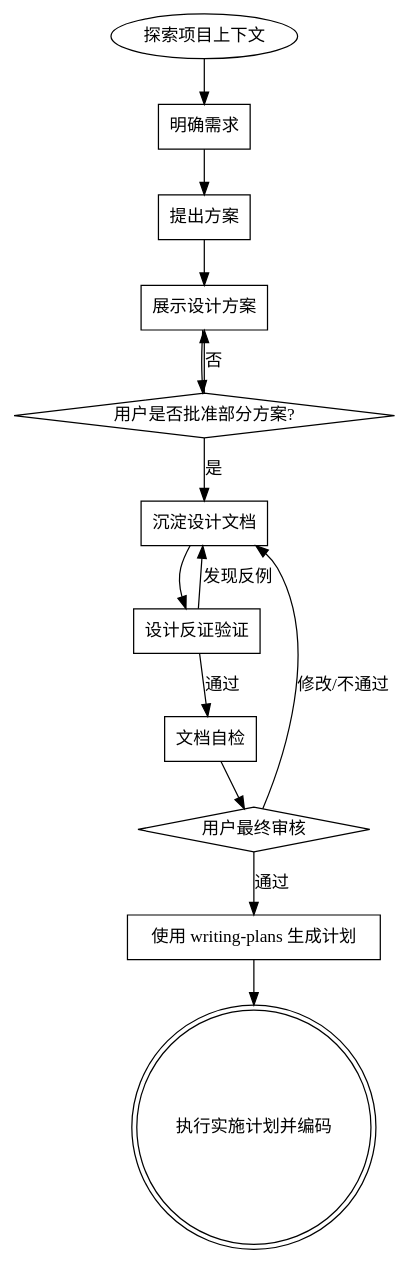
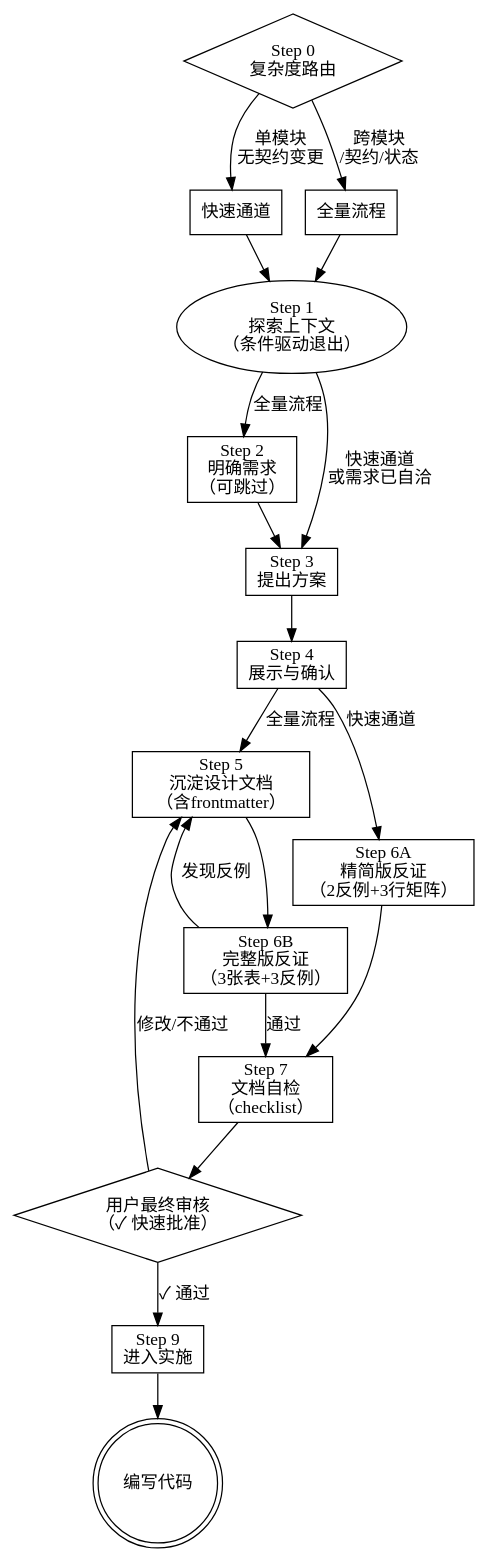
Before and after one commit to loongJiu/loong-claude: the diagram in skills/brainstorming/SKILL.md, drawn with Graphviz. The commit also changed other lines of this file and 5 other files, not shown here.

````diff
--- a/skills/brainstorming/SKILL.md
+++ b/skills/brainstorming/SKILL.md
@@ -162,29 +302,43 @@
 ```dot
 digraph brainstorming {
-  "探索项目上下文" [shape=oval]
-  "明确需求" [shape=rect]
-  "提出方案" [shape=rect]
-  "展示设计方案" [shape=rect]
-  "用户是否批准部分方案?" [shape=diamond]
-  "沉淀设计文档" [shape=rect]
-  "设计反证验证" [shape=rect]
-  "文档自检" [shape=rect]
-  "用户最终审核" [shape=diamond]
-  "进入实施阶段" [label="使用 writing-plans 生成计划" shape=rect]
-  "执行实施计划并编码" [shape=doublecircle]
+  "Step 0\n复杂度路由" [shape=diamond]
+  "快速通道" [shape=rect]
+  "全量流程" [shape=rect]
 
-  "探索项目上下文" -> "明确需求"
-  "明确需求" -> "提出方案"
-  "提出方案" -> "展示设计方案"
-  "展示设计方案" -> "用户是否批准部分方案?"
-  "用户是否批准部分方案?" -> "展示设计方案" [label="否"]
-  "用户是否批准部分方案?" -> "沉淀设计文档" [label="是"]
-  "沉淀设计文档" -> "设计反证验证"
-  "设计反证验证" -> "沉淀设计文档" [label="发现反例"]
-  "设计反证验证" -> "文档自检" [label="通过"]
-  "文档自检" -> "用户最终审核"
-  "用户最终审核" -> "沉淀设计文档" [label="修改/不通过"]
-  "用户最终审核" -> "进入实施阶段" [label="通过"]
-  "进入实施阶段" -> "执行实施计划并编码"
+  "Step 1\n探索上下文\n（条件驱动退出）" [shape=oval]
+  "Step 2\n明确需求\n（可跳过）" [shape=rect]
+  "Step 3\n提出方案" [shape=rect]
+  "Step 4\n展示与确认" [shape=rect]
+  "Step 5\n沉淀设计文档\n（含frontmatter）" [shape=rect]
+  "Step 6A\n精简版反证\n（2反例+3行矩阵）" [shape=rect]
+  "Step 6B\n完整版反证\n（3张表+3反例）" [shape=rect]
+  "Step 7\n文档自检\n（checklist）" [shape=rect]
+  "用户最终审核\n（✓ 快速批准）" [shape=diamond]
+  "Step 9\n进入实施" [shape=rect]
+  "编写代码" [shape=doublecircle]
+
+  "Step 0\n复杂度路由" -> "快速通道" [label="单模块\n无契约变更"]
+  "Step 0\n复杂度路由" -> "全量流程" [label="跨模块\n/契约/状态"]
+
+  "快速通道" -> "Step 1\n探索上下文\n（条件驱动退出）"
+  "全量流程" -> "Step 1\n探索上下文\n（条件驱动退出）"
+
+  "Step 1\n探索上下文\n（条件驱动退出）" -> "Step 2\n明确需求\n（可跳过）" [label="全量流程"]
+  "Step 1\n探索上下文\n（条件驱动退出）" -> "Step 3\n提出方案" [label="快速通道\n或需求已自洽"]
+  "Step 2\n明确需求\n（可跳过）" -> "Step 3\n提出方案"
+
+  "Step 3\n提出方案" -> "Step 4\n展示与确认"
+  "Step 4\n展示与确认" -> "Step 5\n沉淀设计文档\n（含frontmatter）" [label="全量流程"]
+  "Step 4\n展示与确认" -> "Step 6A\n精简版反证\n（2反例+3行矩阵）" [label="快速通道"]
+
+  "Step 5\n沉淀设计文档\n（含frontmatter）" -> "Step 6B\n完整版反证\n（3张表+3反例）"
+  "Step 6B\n完整版反证\n（3张表+3反例）" -> "Step 5\n沉淀设计文档\n（含frontmatter）" [label="发现反例"]
+  "Step 6B\n完整版反证\n（3张表+3反例）" -> "Step 7\n文档自检\n（checklist）" [label="通过"]
+  "Step 6A\n精简版反证\n（2反例+3行矩阵）" -> "Step 7\n文档自检\n（checklist）"
+
+  "Step 7\n文档自检\n（checklist）" -> "用户最终审核\n（✓ 快速批准）"
+  "用户最终审核\n（✓ 快速批准）" -> "Step 5\n沉淀设计文档\n（含frontmatter）" [label="修改/不通过"]
+  "用户最终审核\n（✓ 快速批准）" -> "Step 9\n进入实施" [label="✓ 通过"]
+  "Step 9\n进入实施" -> "编写代码"
 }
 ```
````
